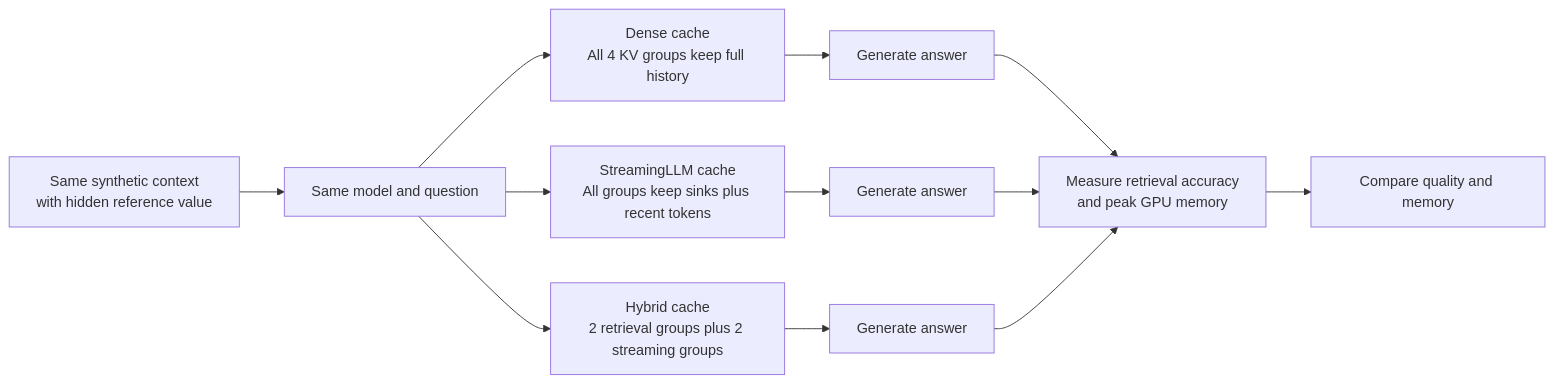
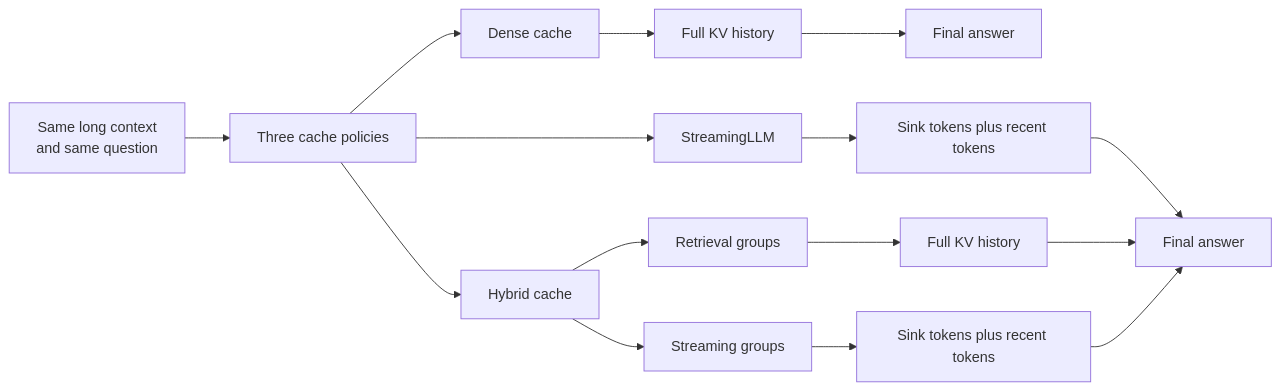
The diagram in README.md (may-vaz/hybrid-streaming-attention), drawn with Mermaid before and after one commit. The commit also changed other lines of this file, not shown here.

````diff
--- a/README.md
+++ b/README.md
@@ -24,18 +19,21 @@
 ```mermaid
 flowchart LR
-    A[Same synthetic context<br/>with hidden reference value] --> B[Same model and question]
+    A[Same long context<br/>and same question] --> B[Three cache policies]
 
-    B --> D[Dense cache<br/>All 4 KV groups keep full history]
-    B --> S[StreamingLLM cache<br/>All groups keep sinks plus recent tokens]
-    B --> H[Hybrid cache<br/>2 retrieval groups plus 2 streaming groups]
+    B --> D[Dense cache]
+    D --> D1[Full KV history]
+    D1 --> F[Final answer]
 
-    D --> D1[Generate answer]
-    S --> S1[Generate answer]
-    H --> H1[Generate answer]
+    B --> S[StreamingLLM]
+    S --> S1[Sink tokens plus recent tokens]
+    S1 --> F1[Final answer]
 
-    D1 --> E[Measure retrieval accuracy<br/>and peak GPU memory]
-    S1 --> E
-    H1 --> E
+    B --> H[Hybrid cache]
+    H --> R[Retrieval groups]
+    R --> R1[Full KV history]
+    R1 --> F1[Final answer]
 
-    E --> F[Compare quality and memory]
+    H --> T[Streaming groups]
+    T --> T1[Sink tokens plus recent tokens]
+    T1 --> F1[Final answer]
 ```
````
